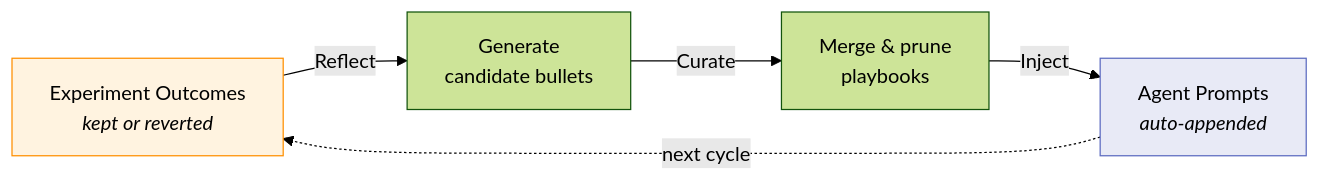
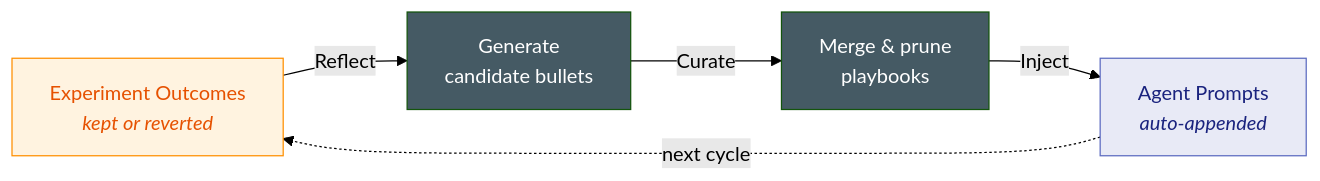
One commit to akashgit/remote-factory changed the second of 4 diagrams in docs/index.md. Above: the diagram before and after it, drawn with Mermaid (forest theme). The commit also changed other lines of this file and 2 other files, not shown here.

First line of the commit message:
fix: make Mermaid diagram text readable in both light and dark mode

````diff
--- a/docs/index.md
+++ b/docs/index.md
@@ -87,10 +92,12 @@
 ```mermaid
 graph LR
     A["Experiment Outcomes<br><i>kept or reverted</i>"] -->|Reflect| B["Generate<br>candidate bullets"]
     B -->|Curate| C["Merge & prune<br>playbooks"]
     C -->|Inject| D["Agent Prompts<br><i>auto-appended</i>"]
     D -.->|"next cycle"| A
 
-    style A fill:#fff3e0,stroke:#ff8f00
-    style D fill:#e8eaf6,stroke:#5c6bc0
+    style A fill:#fff3e0,stroke:#ff8f00,color:#e65100
+    style B fill:#455a64,color:#fff
+    style C fill:#455a64,color:#fff
+    style D fill:#e8eaf6,stroke:#5c6bc0,color:#1a237e
 ```
````
